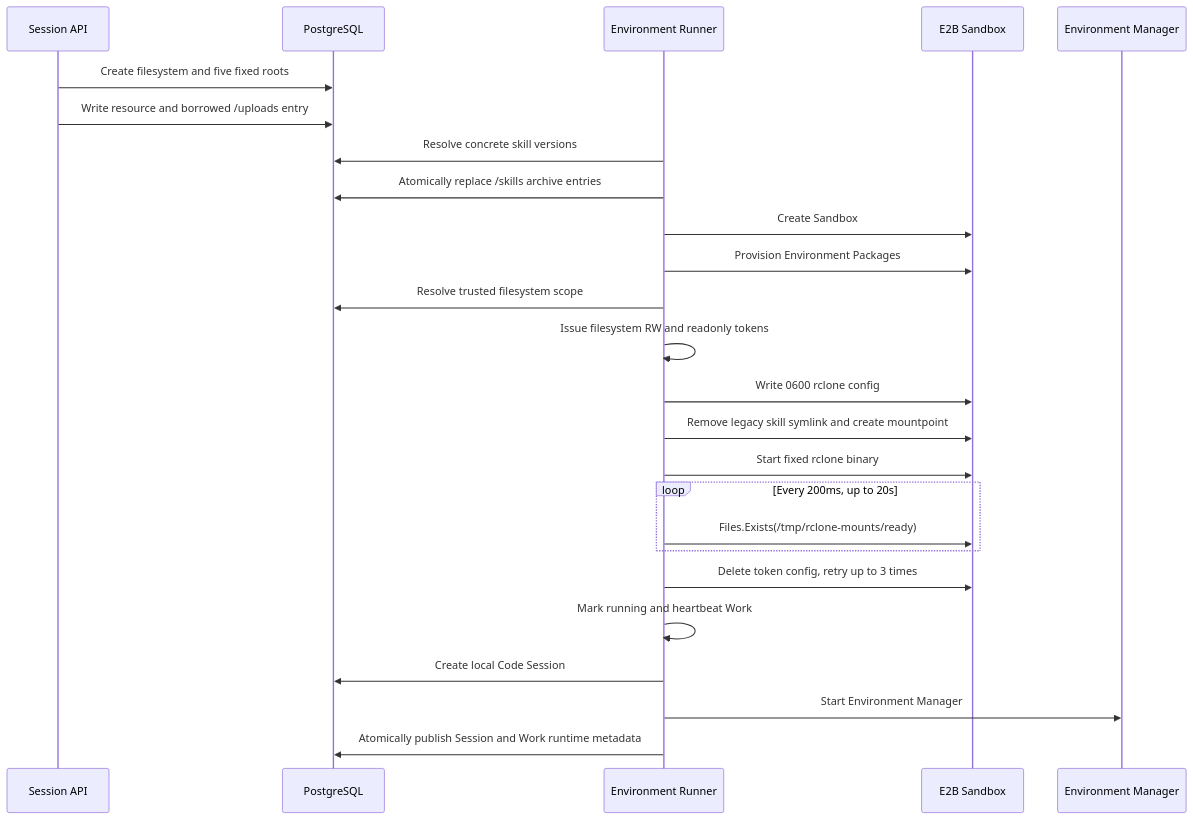
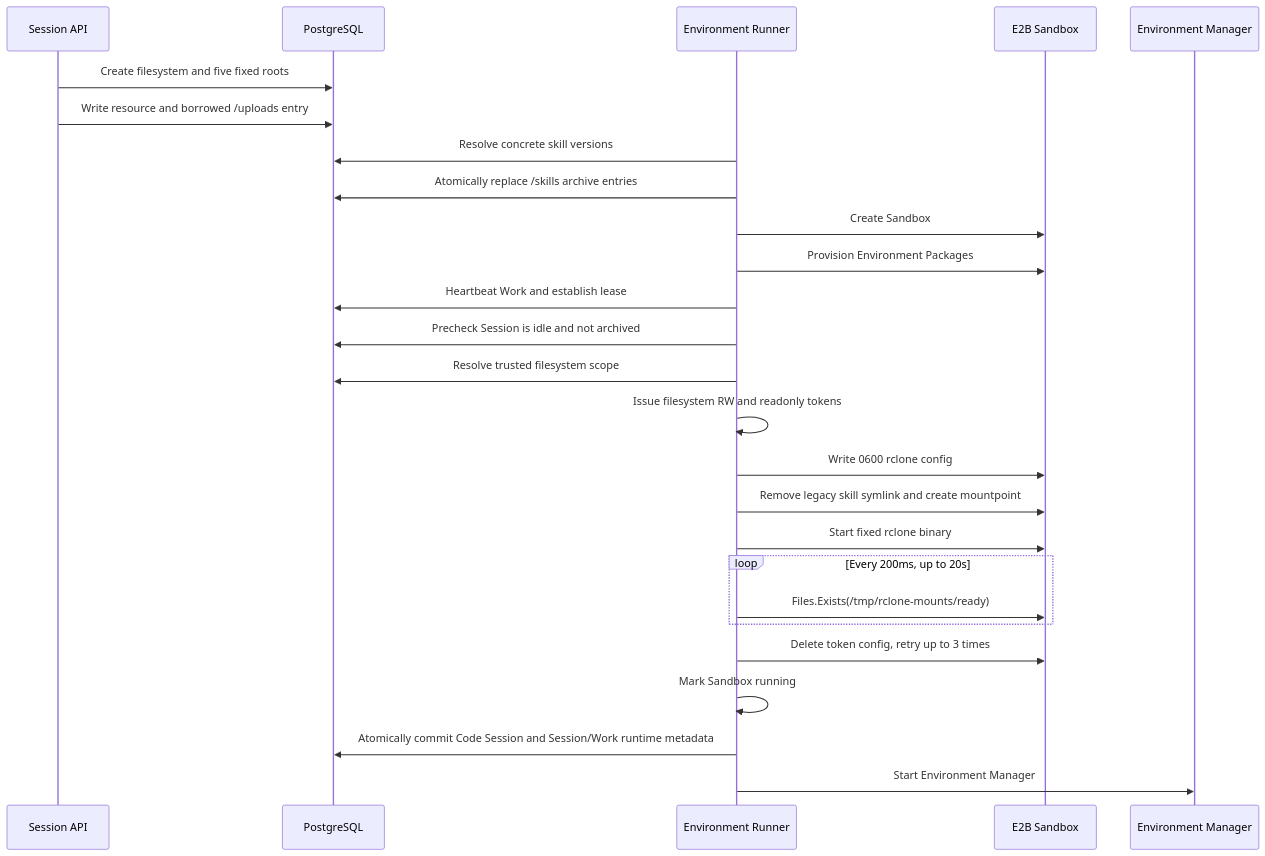
One commit to superduck-ai/open-managed-agents changed the second of 4 diagrams in docs/design/be/filestore.md. Above: the diagram before and after it, drawn with Mermaid. The commit also changed other lines of this file and 1 other file, not shown here.

Commit message:
fix(environments): separate Kill cleanup context and sync filestore launch-sequence doc
- failCreatedSandbox now gives Provider.Kill its own bounded 2m context so a
  slow/hung DB cleanup write cannot exhaust the deadline and leave the billable
  provider sandbox running.
- Update the second launch-sequence diagram and its prose in filestore.md to
  match the runner: heartbeat + Session precheck before rclone mount, and an
  atomic Code Session + runtime metadata commit before starting the manager.

````diff
--- a/docs/design/be/filestore.md
+++ b/docs/design/be/filestore.md
@@ -140,27 +140,28 @@
 ```mermaid
 sequenceDiagram
     participant A as Session API
     participant D as PostgreSQL
     participant R as Environment Runner
     participant E as E2B Sandbox
     participant M as Environment Manager
     A->>D: Create filesystem and five fixed roots
     A->>D: Write resource and borrowed /uploads entry
     R->>D: Resolve concrete skill versions
     R->>D: Atomically replace /skills archive entries
     R->>E: Create Sandbox
     R->>E: Provision Environment Packages
+    R->>D: Heartbeat Work and establish lease
+    R->>D: Precheck Session is idle and not archived
     R->>D: Resolve trusted filesystem scope
     R->>R: Issue filesystem RW and readonly tokens
     R->>E: Write 0600 rclone config
     R->>E: Remove legacy skill symlink and create mountpoint
     R->>E: Start fixed rclone binary
     loop Every 200ms, up to 20s
         R->>E: Files.Exists(/tmp/rclone-mounts/ready)
     end
     R->>E: Delete token config, retry up to 3 times
-    R->>R: Mark running and heartbeat Work
-    R->>D: Create local Code Session
+    R->>R: Mark Sandbox running
+    R->>D: Atomically commit Code Session and Session/Work runtime metadata
     R->>M: Start Environment Manager
-    R->>D: Atomically publish Session and Work runtime metadata
 ```
````
